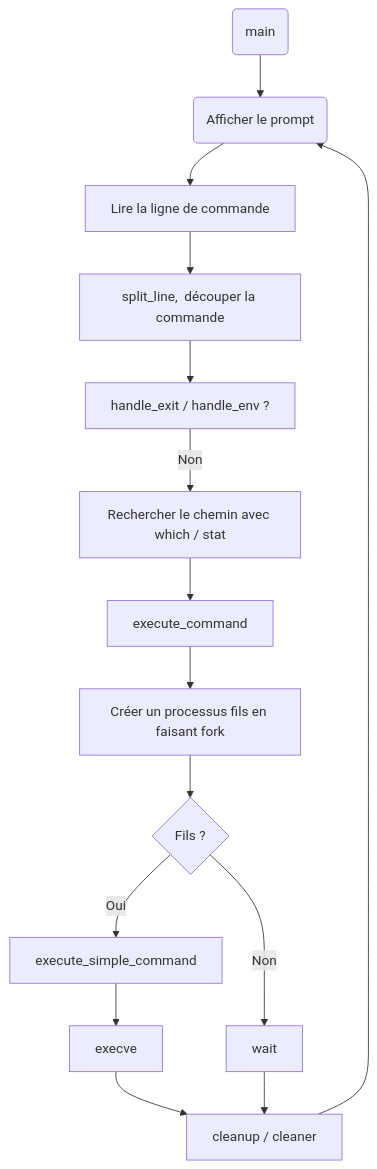
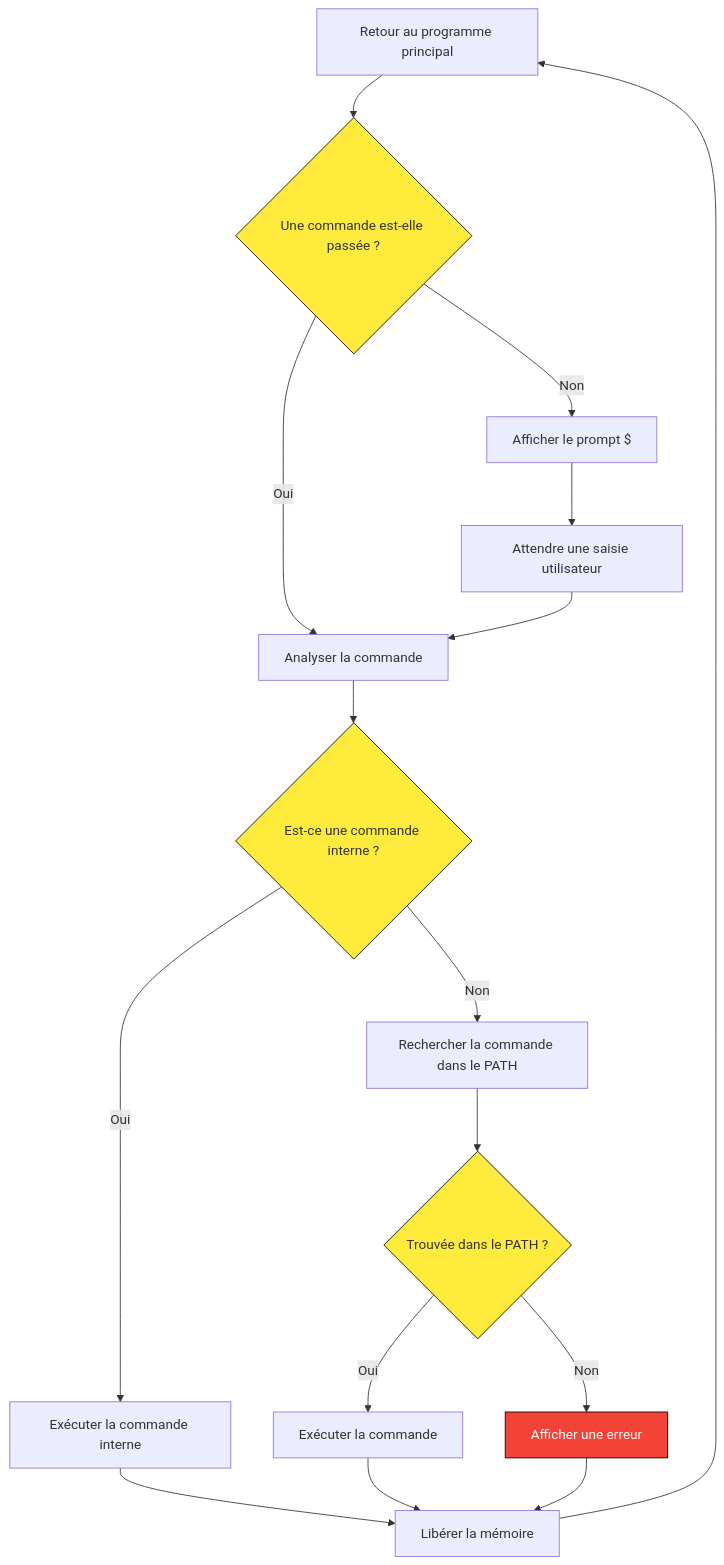
The diagram in README.md (StrawberSam/holbertonschool-simple_shell), drawn with Mermaid before and after one commit. The commit also changed other lines of this file, not shown here.

Commit message:
:hammer: (README.md) : Fix the flowchart and add colors

````diff
--- a/README.md
+++ b/README.md
@@ -120,17 +120,24 @@
 ```mermaid
 flowchart TD
-    A(main) --> B(Afficher le prompt)
-    B --> C[Lire la ligne de commande]
-    C --> D[split_line,  découper la commande]
-    D --> E[handle_exit / handle_env ?]
-    E -->|Non| F[Rechercher le chemin avec which / stat]
-    F --> G[execute_command]
-    G --> H[Créer un processus fils en faisant fork]
-    H --> I{Fils ?}
-    I -->|Oui| J[execute_simple_command]
-    J --> K[execve]
-    I -->|Non| L[wait]
-    K --> M[cleanup / cleaner]
-    L --> M
-    M --> B
+    classDef condition fill:#ffeb3b,stroke:#000,stroke-width:1px;
+    classDef erreur fill:#f44336,color:#fff,stroke:#000,stroke-width:1px;
+
+    A[Programme Principal] --> B{Une commande est-elle passée ?}
+    B -- Oui --> C[Analyser la commande]
+    B -- Non --> D[Afficher le prompt $]
+    D --> E[Attendre une saisie utilisateur]
+    E --> C
+    C --> F{Est-ce une commande interne ?}
+    F -- Oui --> G[Exécuter la commande interne]
+    F -- Non --> H[Rechercher la commande dans le PATH]
+    H --> I{Trouvée dans le PATH ?}
+    I -- Oui --> J[Exécuter la commande]
+    I -- Non --> K[Afficher une erreur]
+    G --> L[Libérer la mémoire]
+    J --> L
+    K --> L
+    L --> A[Retour au programme principal]
+
+    class B,F,I condition;
+    class K erreur;
 ```
````
